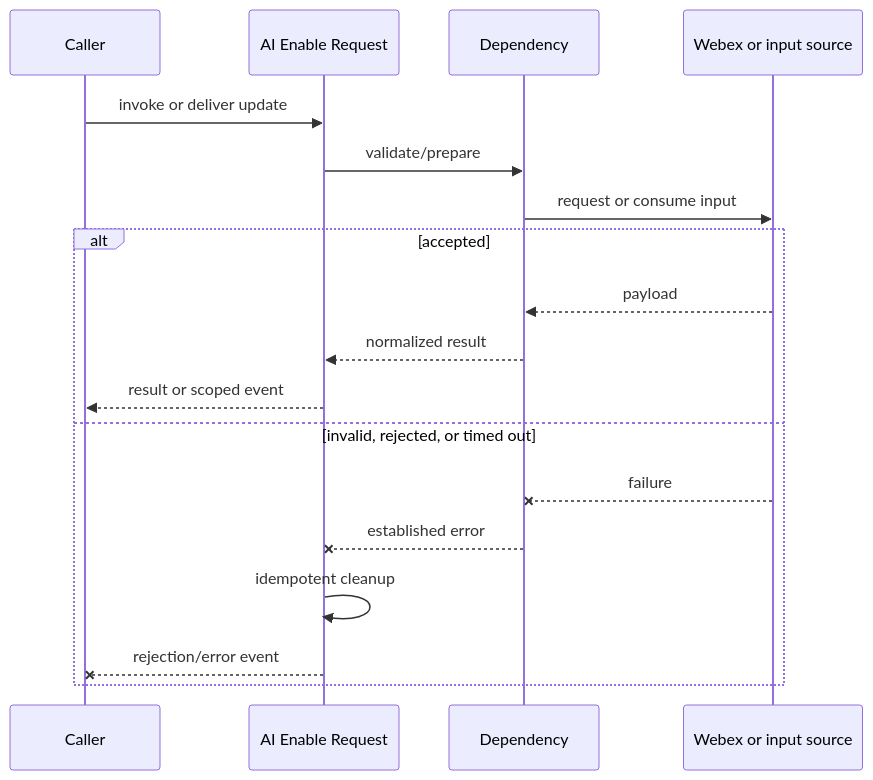
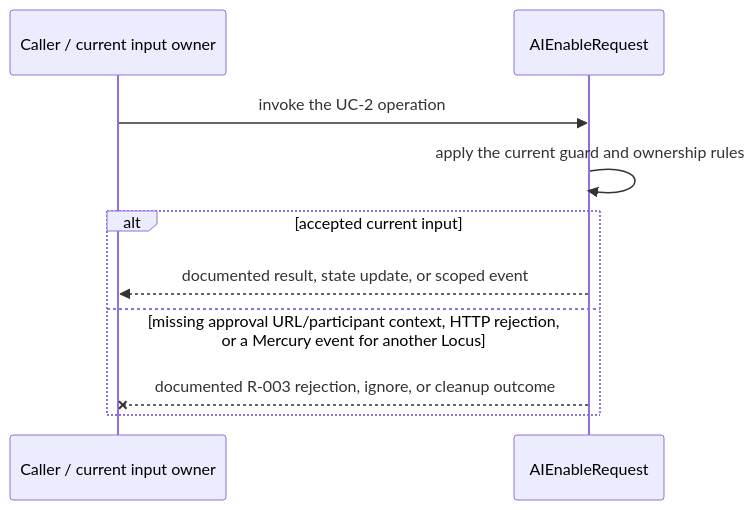
Before and after one commit to webex/webex-js-sdk: the third of 4 diagrams in packages/@webex/plugin-meetings/src/aiEnableRequest/ai-docs/ai-enable-request-spec.md, drawn with Mermaid. The commit also changed other lines of this file and 26 other files, not shown here.

````diff
--- a/packages/@webex/plugin-meetings/src/aiEnableRequest/ai-docs/ai-enable-request-spec.md
+++ b/packages/@webex/plugin-meetings/src/aiEnableRequest/ai-docs/ai-enable-request-spec.md
@@ -119,20 +136,12 @@
 ```mermaid
 sequenceDiagram
-  participant C as Caller
-  participant M as AI Enable Request
-  participant D as Dependency
-  participant W as Webex or input source
-  C->>M: invoke or deliver update
-  M->>D: validate/prepare
-  D->>W: request or consume input
-  alt accepted
-    W-->>D: payload
-    D-->>M: normalized result
-    M-->>C: result or scoped event
-  else invalid, rejected, or timed out
-    W--xD: failure
-    D--xM: established error
-    M->>M: idempotent cleanup
-    M--xC: rejection/error event
+  participant C as Caller / current input owner
+  participant M as AIEnableRequest
+  C->>M: invoke the UC-2 operation
+  M->>M: apply the current guard and ownership rules
+  alt accepted current input
+    M-->>C: documented result, state update, or scoped event
+  else missing approval URL/participant context, HTTP rejection, or a Mercury event for another Locus
+    M--xC: documented R-003 rejection, ignore, or cleanup outcome
   end
 ```
````
